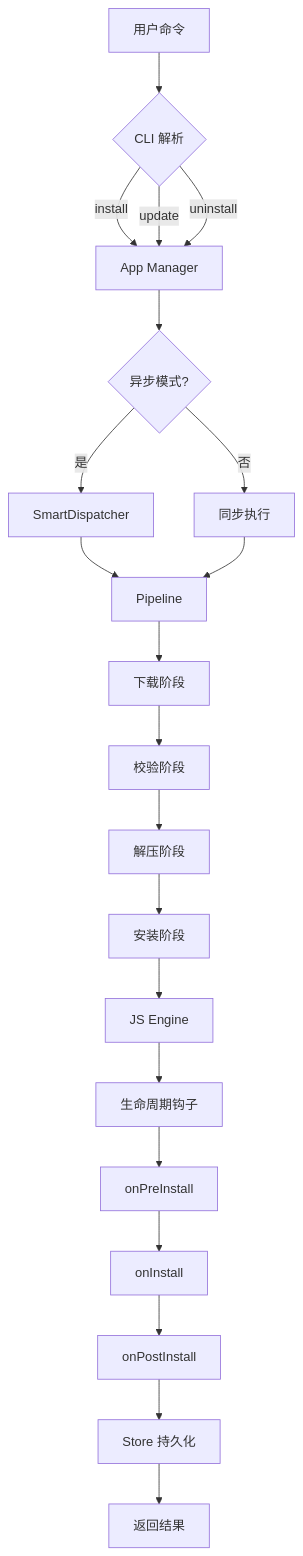
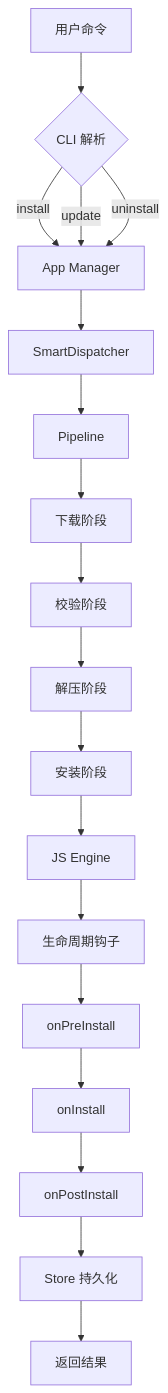
One commit to morning-start/chopsticks changed the second of 5 diagrams in wiki/ARCHITECTURE.md. Above: the diagram before and after it, drawn with Mermaid. The commit also changed other lines of this file and 11 other files, not shown here.

````diff
--- a/wiki/ARCHITECTURE.md
+++ b/wiki/ARCHITECTURE.md
@@ -696,29 +695,26 @@
 ```mermaid
 graph TD
     A[用户命令] --> B{CLI 解析}
     B -->|install| C[App Manager]
     B -->|update| C
     B -->|uninstall| C
 
-    C --> D{异步模式?}
-    D -->|是| E[SmartDispatcher]
-    D -->|否| F[同步执行]
+    C --> E[SmartDispatcher]
 
     E --> G[Pipeline]
-    F --> G
 
     G --> H[下载阶段]
     H --> I[校验阶段]
     I --> J[解压阶段]
     J --> K[安装阶段]
 
     K --> L[JS Engine]
     L --> M[生命周期钩子]
 
     M --> N[onPreInstall]
     N --> O[onInstall]
     O --> P[onPostInstall]
 
     P --> Q[Store 持久化]
     Q --> R[返回结果]
 ```
````
